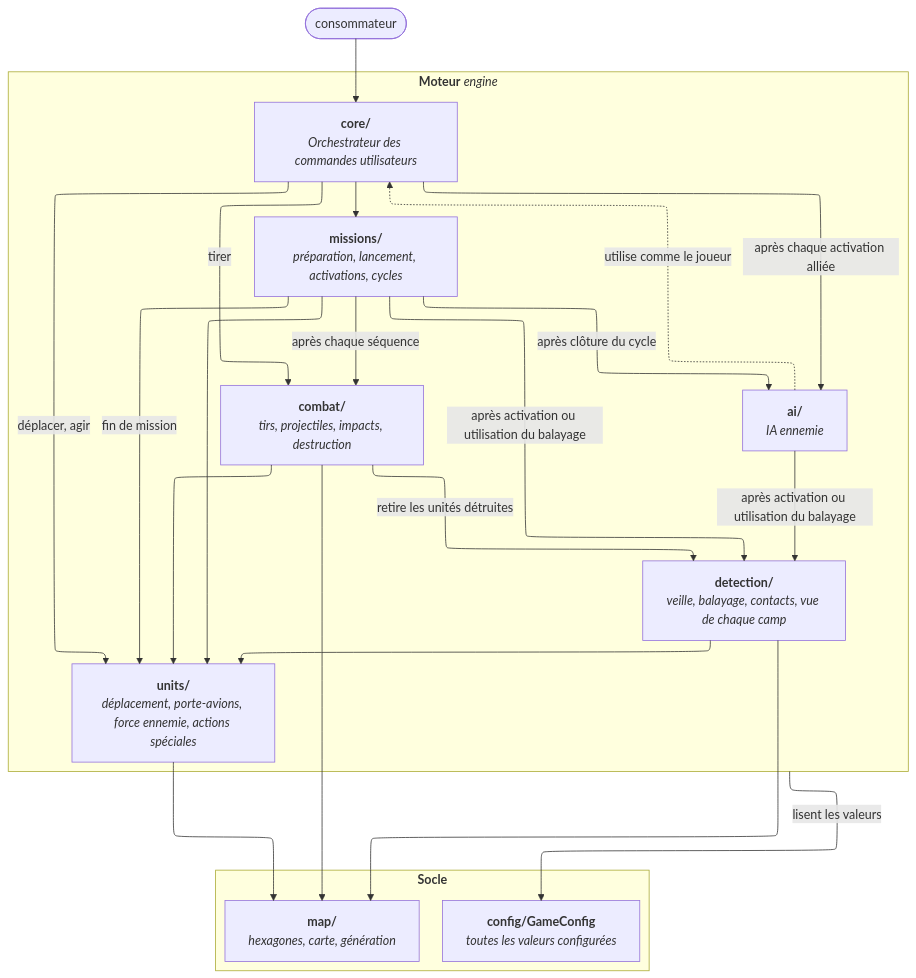
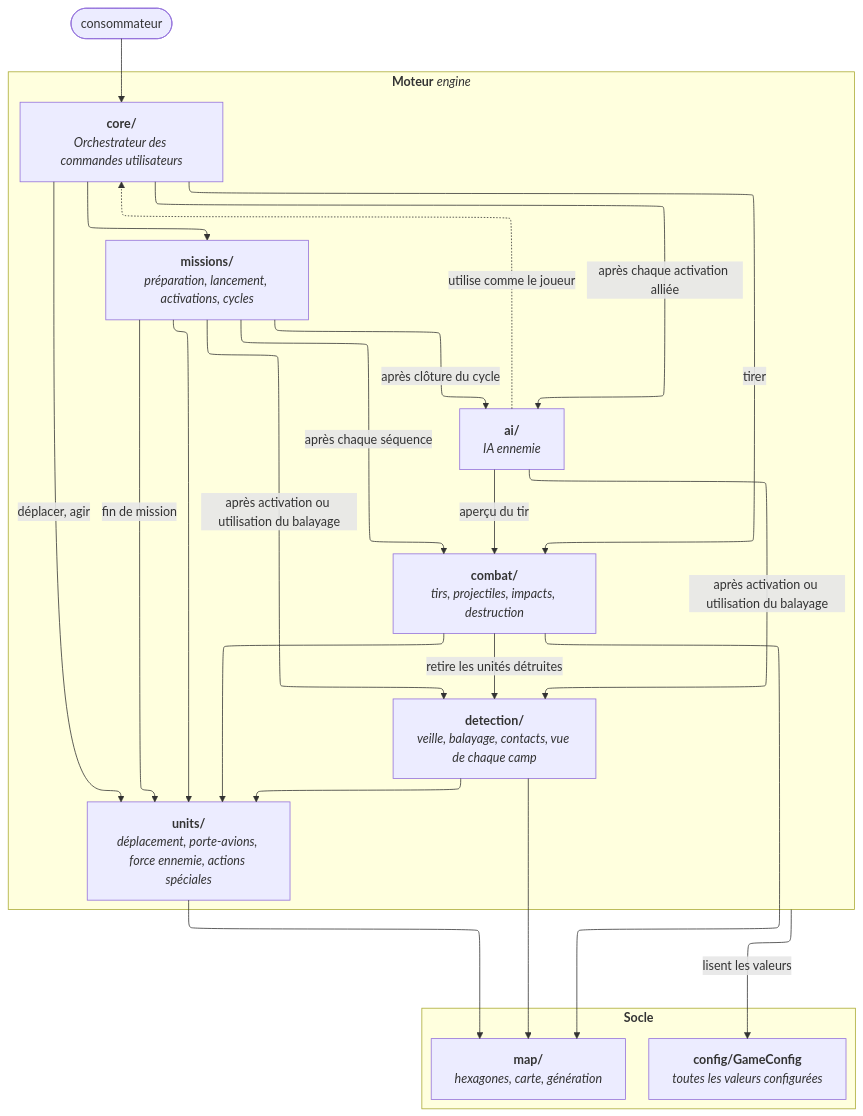
One commit to peangoulvant/Tacticoop changed the diagram in docs/diagrams/02-engine.md. Above: the diagram before and after it, drawn with Mermaid. The commit also changed 45 other files, not shown here.

First line of the commit message:
Combat, PR 3b-2 : interface du tir et tir de l'IA

````diff
--- a/docs/diagrams/02-engine.md
+++ b/docs/diagrams/02-engine.md
@@ -5,48 +5,49 @@
 ```mermaid
 ---
 config:
   layout: elk
   look: classic
   theme: default
 ---
 flowchart TB
  subgraph regles["`**Moteur** *engine*`"]
         core["`**core/**<br>*Orchestrateur des commandes utilisateurs*`"]
         missions["`**missions/**<br>*préparation, lancement, activations, cycles*`"]
         units["`**units/**<br>*déplacement, porte-avions, force ennemie, actions spéciales*`"]
         combat["`**combat/**<br>*tirs, projectiles, impacts, destruction*`"]
         detection["`**detection/**<br>*veille, balayage, contacts, vue de chaque camp*`"]
         ai["`**ai/**<br>*IA ennemie*`"]
   end
  subgraph socle["`**Socle**`"]
         map["`**map/**<br>*hexagones, carte, génération*`"]
         config["`**config/GameConfig**<br>*toutes les valeurs configurées*`"]
   end
     api(["consommateur"]) --> core
     core --> missions
     core -- déplacer, agir --> units
     core -- tirer --> combat
     missions -- après chaque séquence --> combat
     missions -- fin de mission --> units
     core -- après chaque activation alliée --> ai
     missions -- après clôture du cycle --> ai
     missions -- après activation ou utilisation du balayage --> detection
     missions --> units
     ai -. utilise comme le joueur .-> core
+    ai -- aperçu du tir --> combat
     ai -- après activation ou utilisation du balayage --> detection
     detection --> units & map
     combat -- retire les unités détruites --> detection
     combat --> units & map
     units --> map
     regles -- lisent les valeurs --> config
 
      core
      missions
      units
      combat
      detection
      ai
      map
      config
      api
 ```
````
